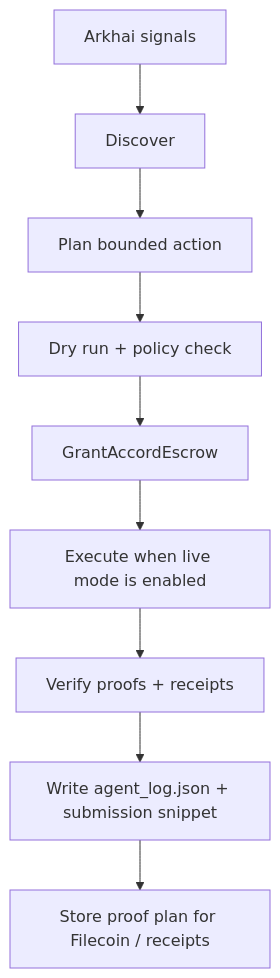
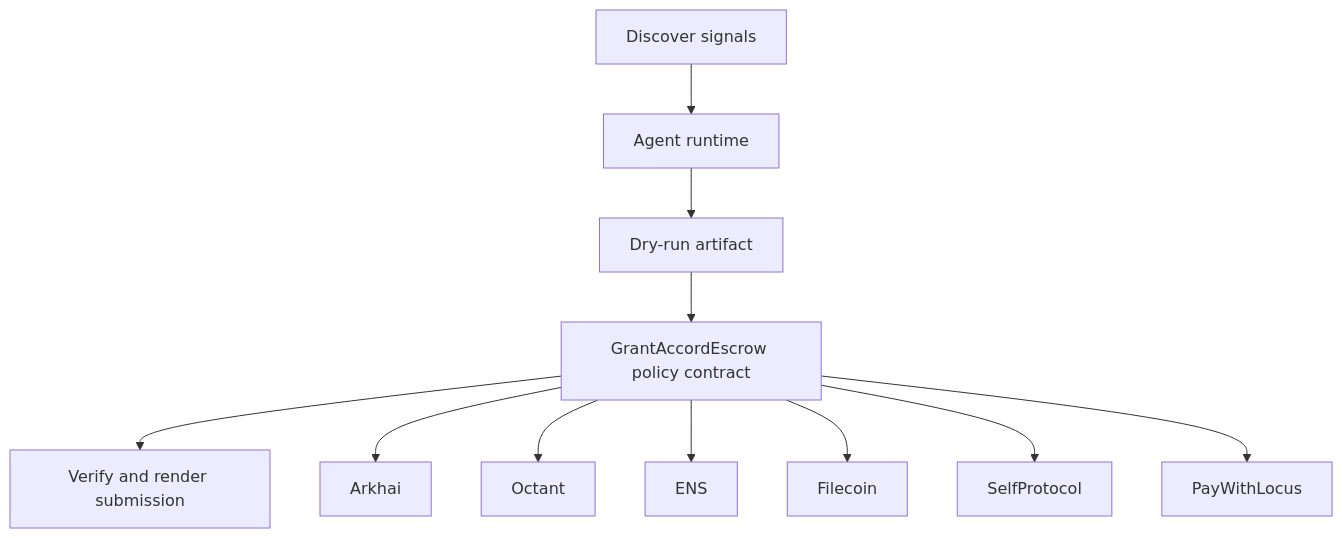
Before and after one commit to CrystallineButterfly/Synthesis-Arkhai: the diagram in README.md, drawn with Mermaid. The commit also changed other lines of this file and 998 other files, not shown here.

Commit message:
Implement bounded agent runtime

````diff
--- a/README.md
+++ b/README.md
@@ -30,11 +26,15 @@
-        ```mermaid
-        flowchart TD
-    Signals[Arkhai signals] --> Discover[Discover]
-    Discover --> Plan[Plan bounded action]
-    Plan --> DryRun[Dry run + policy check]
-    DryRun --> Guard[GrantAccordEscrow]
-    Guard --> Execute[Execute when live mode is enabled]
-    Execute --> Verify[Verify proofs + receipts]
-    Verify --> Persist[Write agent_log.json + submission snippet]
-    Persist --> Storage[Store proof plan for Filecoin / receipts]
-        ```
+```mermaid
+flowchart TD
+    Signals[Discover signals]
+    Planner[Agent runtime]
+    DryRun[Dry-run artifact]
+    Contract[GrantAccordEscrow policy contract]
+    Verify[Verify and render submission]
+    Signals --> Planner --> DryRun --> Contract --> Verify
+    Contract --> arkhai[Arkhai]
+    Contract --> octant[Octant]
+    Contract --> ens[ENS]
+    Contract --> filecoin[Filecoin]
+    Contract --> selfprotocol[SelfProtocol]
+    Contract --> paywithlocus[PayWithLocus]
+```
````
